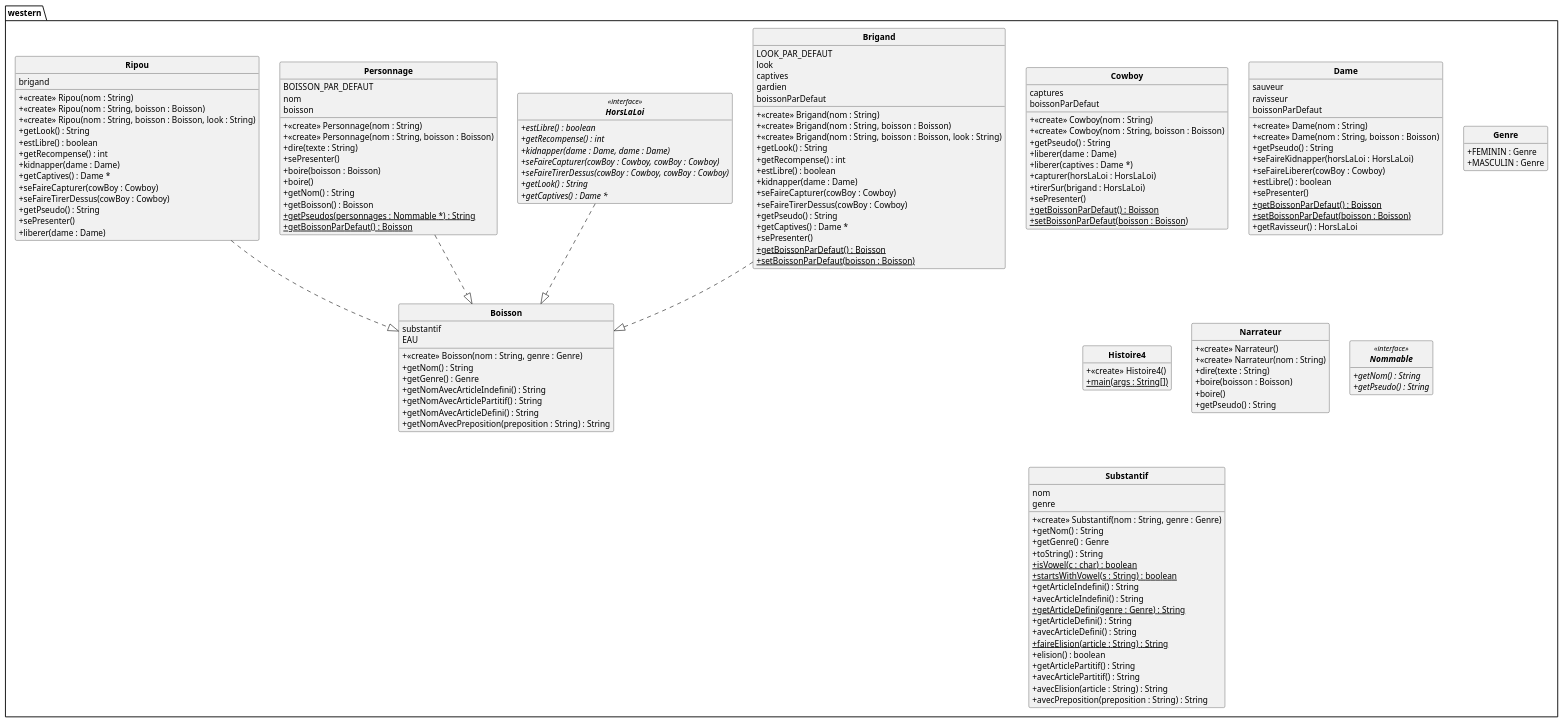
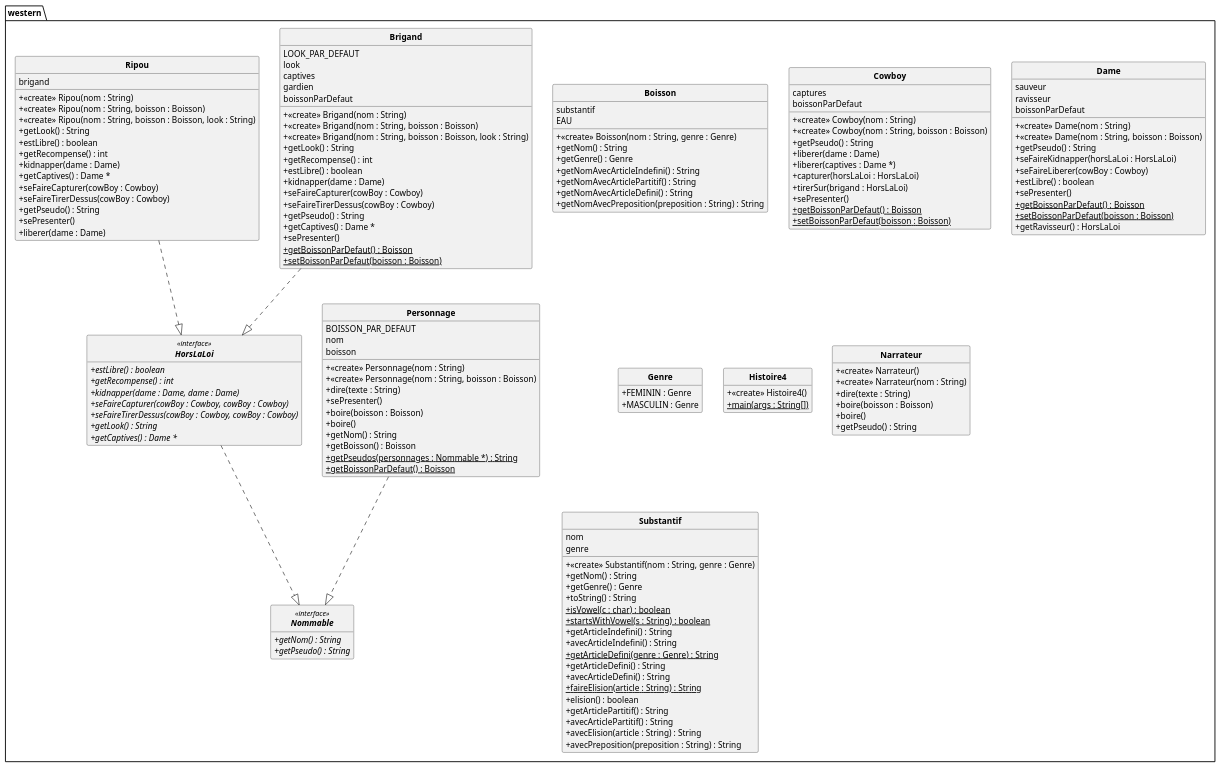
One commit to DimToups/Java-to-PUML-converter changed the diagram in out/production/p21_projet/pumlFromJava/westernClass.puml. Above: the diagram before and after it, drawn with PlantUML. The commit also changed 2 other files, not shown here.

```diff
--- a/out/production/p21_projet/pumlFromJava/westernClass.puml
+++ b/out/production/p21_projet/pumlFromJava/westernClass.puml
@@ -1,174 +1,174 @@
 @startuml
 'https://plantuml.com/class-diagram
 skinparam style strictuml
 skinparam classAttributeIconSize 0
 skinparam classFontStyle Bold
 
 hide empty members
 
 package western{
 class Boisson{
 substantif
 EAU
 + <<create>> Boisson(nom : String, genre : Genre)
 + getNom() : String
 + getGenre() : Genre
 + getNomAvecArticleIndefini() : String
 + getNomAvecArticlePartitif() : String
 + getNomAvecArticleDefini() : String
 + getNomAvecPreposition(preposition : String) : String
 }
 
 class Brigand{
 LOOK_PAR_DEFAUT
 look
 captives
 gardien
 boissonParDefaut
 + <<create>> Brigand(nom : String)
 + <<create>> Brigand(nom : String, boisson : Boisson)
 + <<create>> Brigand(nom : String, boisson : Boisson, look : String)
 + getLook() : String
 + getRecompense() : int
 + estLibre() : boolean
 + kidnapper(dame : Dame)
 + seFaireCapturer(cowBoy : Cowboy)
 + seFaireTirerDessus(cowBoy : Cowboy)
 + getPseudo() : String
 + getCaptives() : Dame *
 + sePresenter()
 + getBoissonParDefaut() {static} : Boisson
 + setBoissonParDefaut(boisson : Boisson) {static}
 }
 
 class Cowboy{
 captures
 boissonParDefaut
 + <<create>> Cowboy(nom : String)
 + <<create>> Cowboy(nom : String, boisson : Boisson)
 + getPseudo() : String
 + liberer(dame : Dame)
 + liberer(captives : Dame *)
 + capturer(horsLaLoi : HorsLaLoi)
 + tirerSur(brigand : HorsLaLoi)
 + sePresenter()
 + getBoissonParDefaut() {static} : Boisson
 + setBoissonParDefaut(boisson : Boisson) {static}
 }
 
 class Dame{
 sauveur
 ravisseur
 boissonParDefaut
 + <<create>> Dame(nom : String)
 + <<create>> Dame(nom : String, boisson : Boisson)
 + getPseudo() : String
 + seFaireKidnapper(horsLaLoi : HorsLaLoi)
 + seFaireLiberer(cowBoy : Cowboy)
 + estLibre() : boolean
 + sePresenter()
 + getBoissonParDefaut() {static} : Boisson
 + setBoissonParDefaut(boisson : Boisson) {static}
 + getRavisseur() : HorsLaLoi
 }
 
 class Genre{
 + FEMININ : Genre
 + MASCULIN : Genre
 }
 
 class Histoire4{
 + <<create>> Histoire4()
 + main(args : String[]) {static}
 }
 
 interface HorsLaLoi<<interface>>{
 + estLibre() {abstract} : boolean
 + getRecompense() {abstract} : int
 + kidnapper(dame : Dame, dame : Dame) {abstract}
 + seFaireCapturer(cowBoy : Cowboy, cowBoy : Cowboy) {abstract}
 + seFaireTirerDessus(cowBoy : Cowboy, cowBoy : Cowboy) {abstract}
 + getLook() {abstract} : String
 + getCaptives() {abstract} : Dame *
 }
 
 class Narrateur{
 + <<create>> Narrateur()
 + <<create>> Narrateur(nom : String)
 + dire(texte : String)
 + boire(boisson : Boisson)
 + boire()
 + getPseudo() : String
 }
 
 interface Nommable<<interface>>{
 + getNom() {abstract} : String
 + getPseudo() {abstract} : String
 }
 
 class Personnage{
 BOISSON_PAR_DEFAUT
 nom
 boisson
 + <<create>> Personnage(nom : String)
 + <<create>> Personnage(nom : String, boisson : Boisson)
 + dire(texte : String)
 + sePresenter()
 + boire(boisson : Boisson)
 + boire()
 + getNom() : String
 + getBoisson() : Boisson
 + getPseudos(personnages : Nommable *) {static} : String
 + getBoissonParDefaut() {static} : Boisson
 }
 
 class Ripou{
 brigand
 + <<create>> Ripou(nom : String)
 + <<create>> Ripou(nom : String, boisson : Boisson)
 + <<create>> Ripou(nom : String, boisson : Boisson, look : String)
 + getLook() : String
 + estLibre() : boolean
 + getRecompense() : int
 + kidnapper(dame : Dame)
 + getCaptives() : Dame *
 + seFaireCapturer(cowBoy : Cowboy)
 + seFaireTirerDessus(cowBoy : Cowboy)
 + getPseudo() : String
 + sePresenter()
 + liberer(dame : Dame)
 }
 
 class Substantif{
 nom
 genre
 + <<create>> Substantif(nom : String, genre : Genre)
 + getNom() : String
 + getGenre() : Genre
 + toString() : String
 + isVowel(c : char) {static} : boolean
 + startsWithVowel(s : String) {static} : boolean
 + getArticleIndefini() : String
 + avecArticleIndefini() : String
 + getArticleDefini(genre : Genre) {static} : String
 + getArticleDefini() : String
 + avecArticleDefini() : String
 + faireElision(article : String) {static} : String
 + elision() : boolean
 + getArticlePartitif() : String
 + avecArticlePartitif() : String
 + avecElision(article : String) : String
 + avecPreposition(preposition : String) : String
 }
 
 
-Brigand ..|> Boisson
+Brigand ..|> HorsLaLoi
 
-HorsLaLoi ..|> Boisson
+HorsLaLoi ..|> Nommable
 
-Personnage ..|> Boisson
+Personnage ..|> Nommable
 
-Ripou ..|> Boisson
+Ripou ..|> HorsLaLoi
 
 }
 @enduml
```
